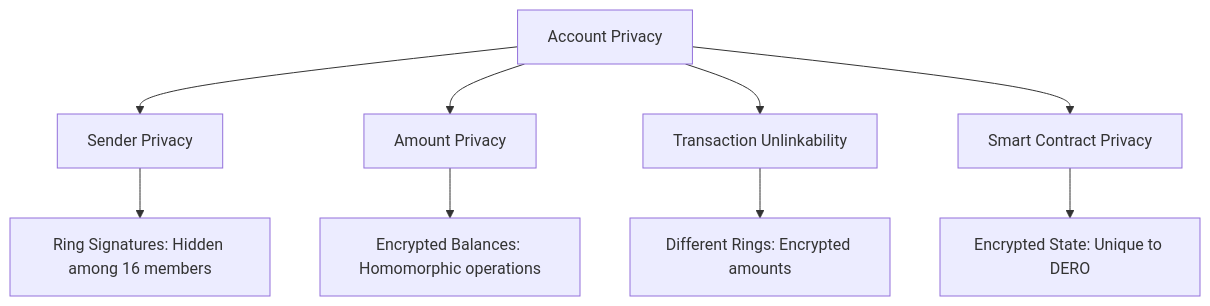
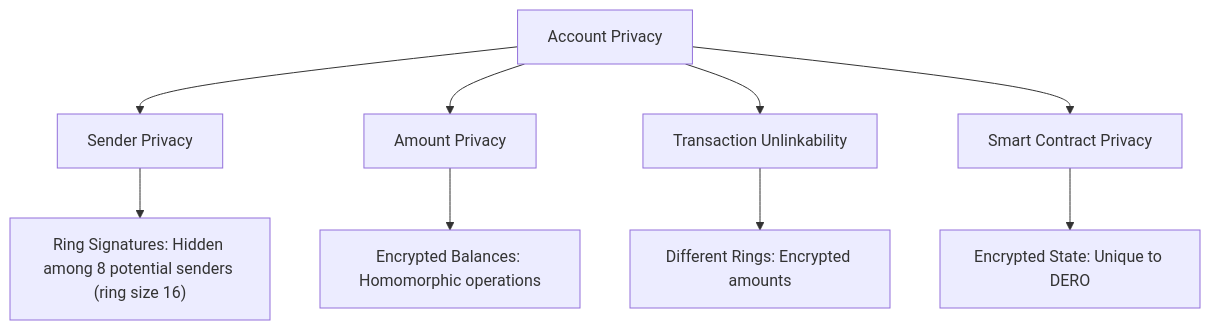
The third of 3 diagrams in derod-main/pages/privacy/account-based-privacy.mdx (DHEBP/dero-docs), drawn with Mermaid before and after one commit. The commit also changed other lines of this file and 8 other files, not shown here.

````diff
--- a/derod-main/pages/privacy/account-based-privacy.mdx
+++ b/derod-main/pages/privacy/account-based-privacy.mdx
@@ -277,12 +277,12 @@
 ```mermaid
 graph TB
     P["Account Privacy"] --> S["Sender Privacy"]
     P --> A["Amount Privacy"]
     P --> U["Transaction Unlinkability"]
     P --> SC["Smart Contract Privacy"]
     
-    S --> S1["Ring Signatures: Hidden among 16 members"]
+    S --> S1["Ring Signatures: Hidden among 8 potential senders (ring size 16)"]
     A --> A1["Encrypted Balances: Homomorphic operations"]
     U --> U1["Different Rings: Encrypted amounts"]
     SC --> SC1["Encrypted State: Unique to DERO"]
 ```
````
